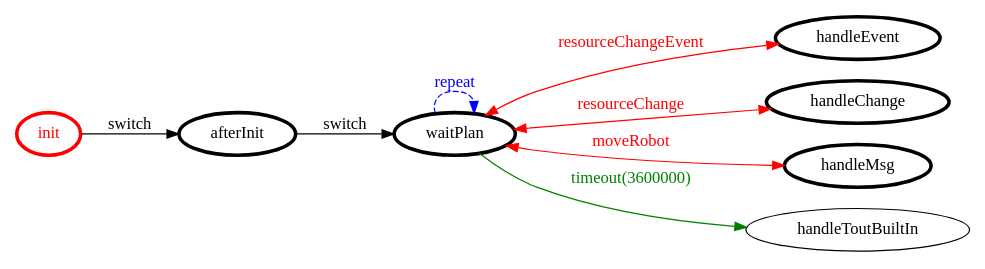
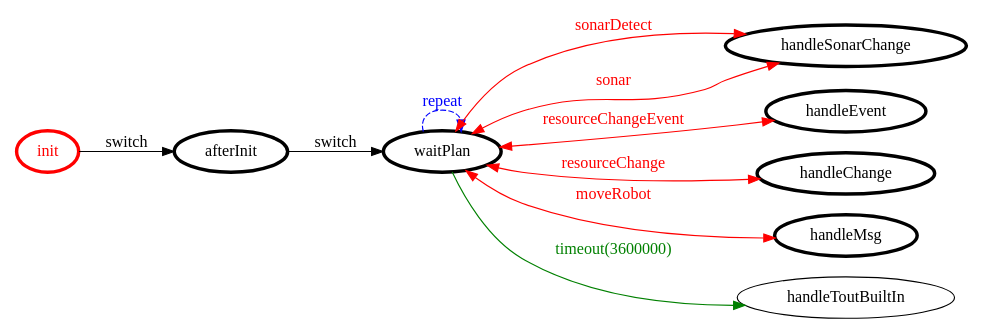
One commit to AlessandroStaffolani/robot-cleaner changed the diagram in it.unibo.project/srcMore/it/unibo/mindrobot/mindrobot.gv. Above: the diagram before and after it, drawn with Graphviz. The commit also changed 8 other files, not shown here.

```diff
--- a/it.unibo.project/srcMore/it/unibo/mindrobot/mindrobot.gv
+++ b/it.unibo.project/srcMore/it/unibo/mindrobot/mindrobot.gv
@@ -1,26 +1,29 @@
 /*
 *
 * A GraphViz DOT FSM description 
 * Please use a GraphViz visualizer (like http://www.webgraphviz.com)
 *  
 */
 
 digraph finite_state_machine {
 	rankdir=LR
 	size="8,5"
 	
 	init [ color = red ][ fontcolor = red ][ penwidth = 3 ]
 	waitPlan [ color = black ][ fontcolor = black ][ penwidth = 3 ]
+	handleSonarChange [ color = black ][ fontcolor = black ][ penwidth = 3 ]
 	handleEvent [ color = black ][ fontcolor = black ][ penwidth = 3 ]
 	handleChange [ color = black ][ fontcolor = black ][ penwidth = 3 ]
 	afterInit [ color = black ][ fontcolor = black ][ penwidth = 3 ]
 	handleMsg [ color = black ][ fontcolor = black ][ penwidth = 3 ]
 	
+	waitPlan -> handleSonarChange [ label = "sonarDetect" ][ color = red ][ fontcolor = red ][ dir = both ]
 	init -> afterInit [ label = "switch" ][ color = black ][ fontcolor = black ]
 	afterInit -> waitPlan [ label = "switch" ][ color = black ][ fontcolor = black ]
 	waitPlan -> handleToutBuiltIn [ label = "timeout(3600000)" ][ color = green ][ fontcolor = green ]
 	waitPlan -> handleEvent [ label = "resourceChangeEvent" ][ color = red ][ fontcolor = red ][ dir = both ]
 	waitPlan -> handleChange [ label = "resourceChange" ][ color = red ][ fontcolor = red ][ dir = both ]
+	waitPlan -> handleSonarChange [ label = "sonar" ][ color = red ][ fontcolor = red ][ dir = both ]
 	waitPlan -> waitPlan [ label = "repeat "][ style = dashed ][ color = blue ][ fontcolor = blue ]
 	waitPlan -> handleMsg [ label = "moveRobot" ][ color = red ][ fontcolor = red ][ dir = both ]
 }
```
